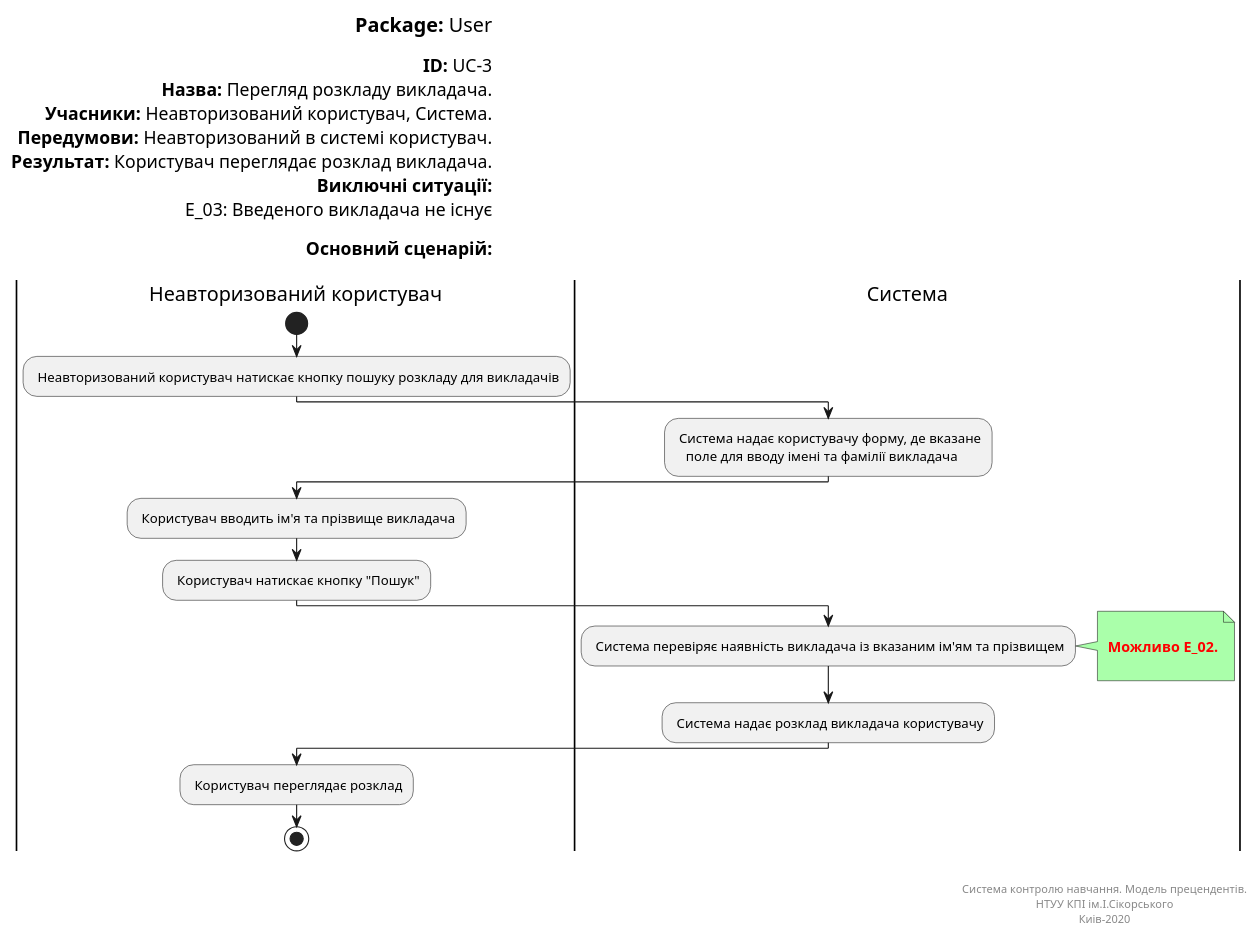
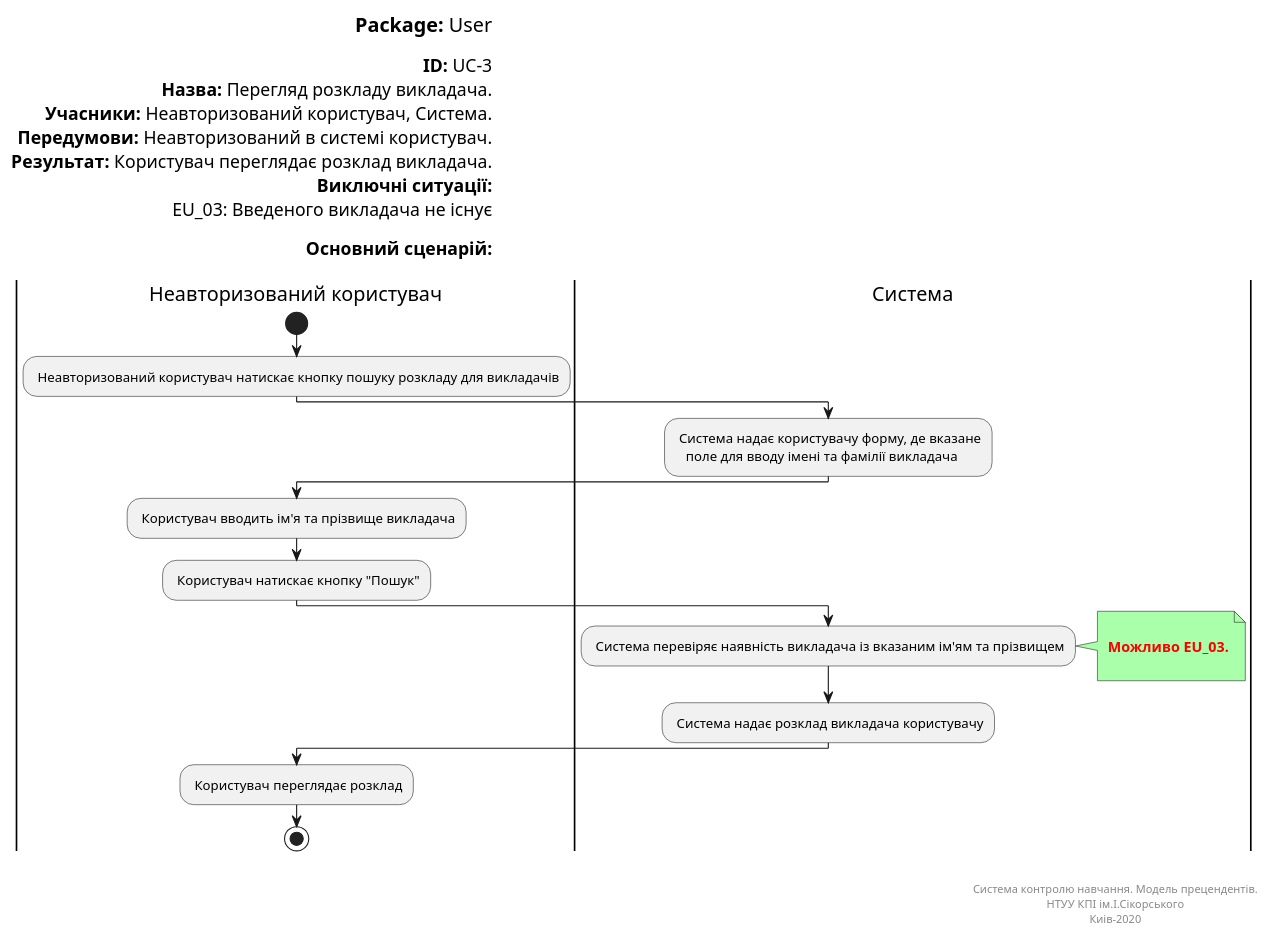
Before and after one commit to vladlinu/TeamOne: the diagram in docs/UML_Diagrams/scenarios/unauthorized_user/src/WatchingTeacherSchedule.pu, drawn with PlantUML. The commit also changed 5 other files, not shown here.

```diff
--- a/docs/UML_Diagrams/scenarios/unauthorized_user/src/WatchingTeacherSchedule.pu
+++ b/docs/UML_Diagrams/scenarios/unauthorized_user/src/WatchingTeacherSchedule.pu
@@ -1,53 +1,53 @@
 @startuml
 left header
 <font color=000 size=18><b>Package:</b> User
 
 <font color=000 size=16><b>ID:</b> UC-3
 <font color=000 size=16><b>Назва:</b> Перегляд розкладу викладача.
 <font color=000 size=16><b>Учасники:</b> Неавторизований користувач, Система.
 <font color=000 size=16><b>Передумови:</b> Неавторизований в системі користувач.
 <font color=000 size=16><b>Результат:</b> Користувач переглядає розклад викладача.
 <font color=000 size=16><b>Виключні ситуації:</b>
-<font color=000 size=16> E_03: Введеного викладача не існує
+<font color=000 size=16> EU_03: Введеного викладача не існує
 
 <font color=000 size=16><b>Основний сценарій:</b>
 
 end header
 
 |Неавторизований користувач|
 start
 : Неавторизований користувач натискає кнопку пошуку розкладу для викладачів;
 
 |Система|
 : Система надає користувачу форму, де вказане
    поле для вводу імені та фамілії викладача;
 
 |Неавторизований користувач|
 : Користувач вводить ім'я та прізвище викладача;   
 
 : Користувач натискає кнопку "Пошук";
 
 |Система|
 : Система перевіряє наявність викладача із вказаним ім'ям та прізвищем;
 note right #aaffaa
 
-<font color=red><b> Можливо E_02.
+<font color=red><b> Можливо EU_03.
 
 end note
 
 : Система надає розклад викладача користувачу;
 
 |Неавторизований користувач|
 
 : Користувач переглядає розклад;
 
 stop;
 
 right footer
 
 
 Система контролю навчання. Модель прецендентів.
 НТУУ КПІ ім.І.Сікорського
 Киів-2020
 end footer
 @enduml
```
